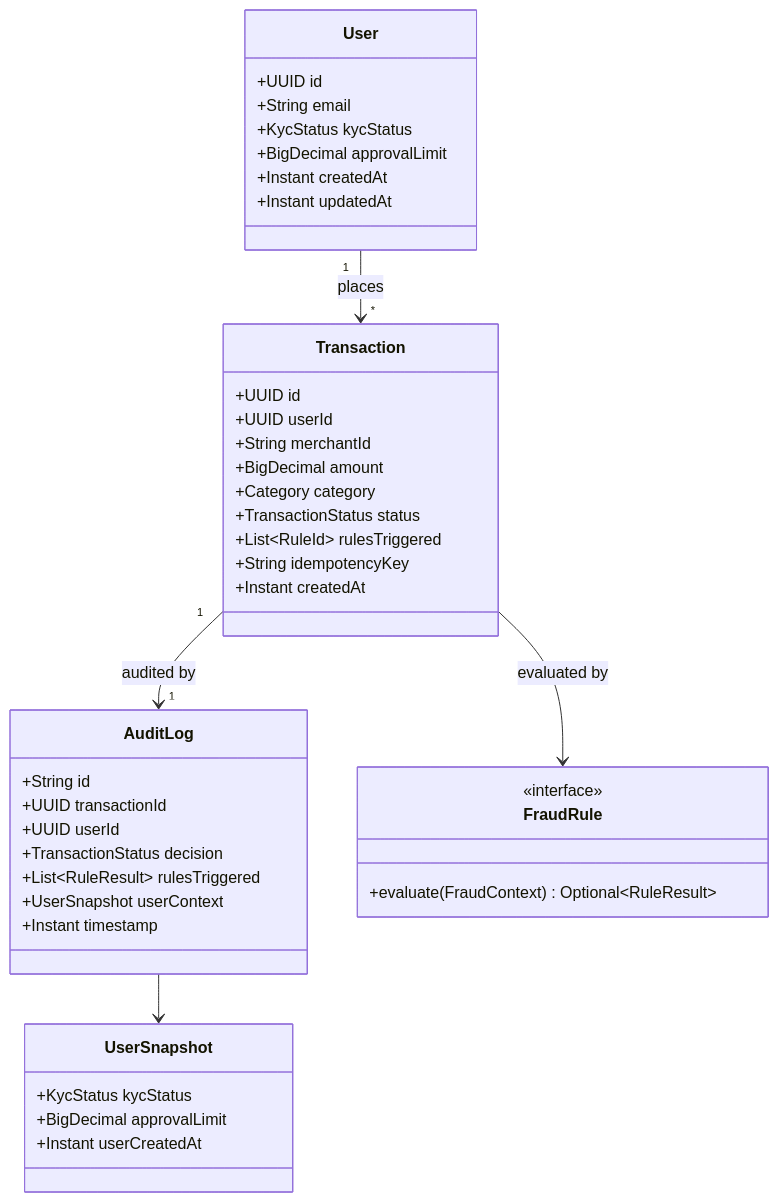
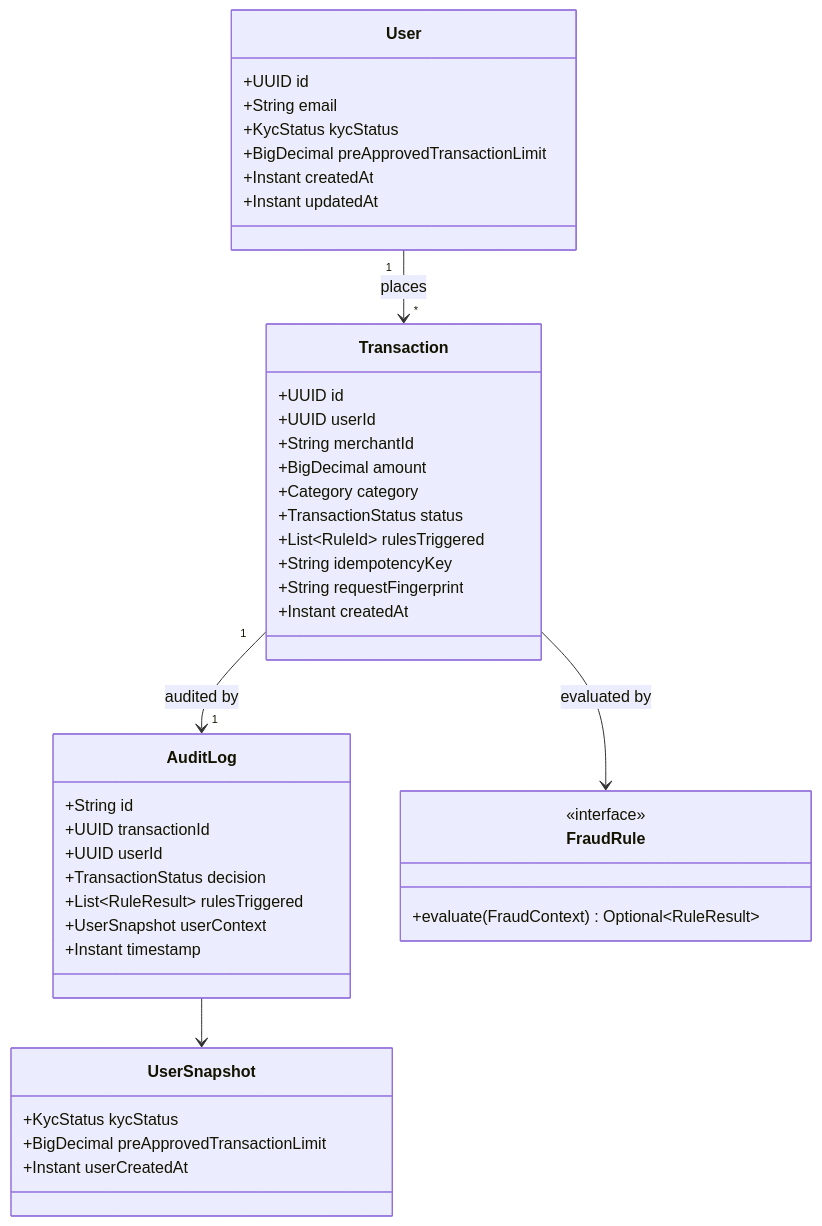
Before and after one commit to aaami1ster/payment-processing-system: the fourth of 7 diagrams in docs/system-design.md, drawn with Mermaid. The commit also changed other lines of this file, not shown here.

Commit message:
docs: update system design document to clarify architecture and assumptions for payment processing service

````diff
--- a/docs/system-design.md
+++ b/docs/system-design.md
@@ -262,45 +484,46 @@
 ```mermaid
 classDiagram
     class User {
         +UUID id
         +String email
         +KycStatus kycStatus
-        +BigDecimal approvalLimit
+        +BigDecimal preApprovedTransactionLimit
         +Instant createdAt
         +Instant updatedAt
     }
     class Transaction {
         +UUID id
         +UUID userId
         +String merchantId
         +BigDecimal amount
         +Category category
         +TransactionStatus status
         +List~RuleId~ rulesTriggered
         +String idempotencyKey
+        +String requestFingerprint
         +Instant createdAt
     }
     class AuditLog {
         +String id
         +UUID transactionId
         +UUID userId
         +TransactionStatus decision
         +List~RuleResult~ rulesTriggered
         +UserSnapshot userContext
         +Instant timestamp
     }
     class UserSnapshot {
         +KycStatus kycStatus
-        +BigDecimal approvalLimit
+        +BigDecimal preApprovedTransactionLimit
         +Instant userCreatedAt
     }
     class FraudRule {
         <<interface>>
         +evaluate(FraudContext) Optional~RuleResult~
     }
 
     User "1" --> "*" Transaction : places
     Transaction "1" --> "1" AuditLog : audited by
     AuditLog --> UserSnapshot
     Transaction --> FraudRule : evaluated by
 ```
````
